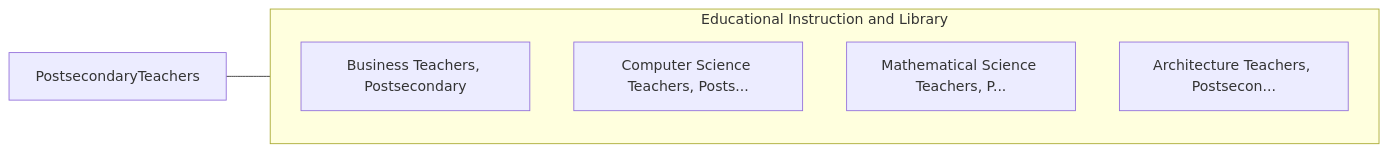
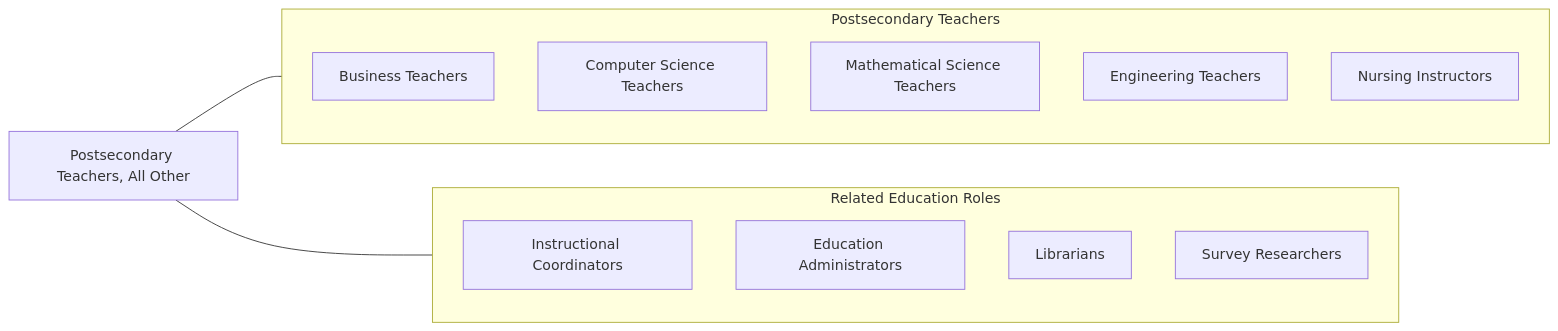
The fourth of 4 diagrams in occupations/Education/PostsecondaryTeachers.mdx (kziemski/business.org.ai), drawn with Mermaid before and after one commit. The commit also changed other lines of this file and 938 other files, not shown here.

````diff
--- a/occupations/Education/PostsecondaryTeachers.mdx
+++ b/occupations/Education/PostsecondaryTeachers.mdx
@@ -55,13 +192,22 @@
 ```mermaid
 graph LR
-    Current["PostsecondaryTeachers"]
+    Current["Postsecondary Teachers, All Other"]
 
-    subgraph SameCategory["Educational Instruction and Library"]
-        BusinessTeachersPost["Business Teachers, Postsecondary"]
-        ComputerScienceTeach["Computer Science Teachers, Posts..."]
-        MathematicalScienceT["Mathematical Science Teachers, P..."]
-        ArchitectureTeachers["Architecture Teachers, Postsecon..."]
+    subgraph SameCategory["Postsecondary Teachers"]
+        Business["Business Teachers"]
+        CS["Computer Science Teachers"]
+        Math["Mathematical Science Teachers"]
+        Engineering["Engineering Teachers"]
+        Nursing["Nursing Instructors"]
+    end
+
+    subgraph CrossFunctional["Related Education Roles"]
+        IC["Instructional Coordinators"]
+        Admin["Education Administrators"]
+        Librarians["Librarians"]
+        Researchers["Survey Researchers"]
     end
 
     Current --- SameCategory
+    Current --- CrossFunctional
 ```
````
